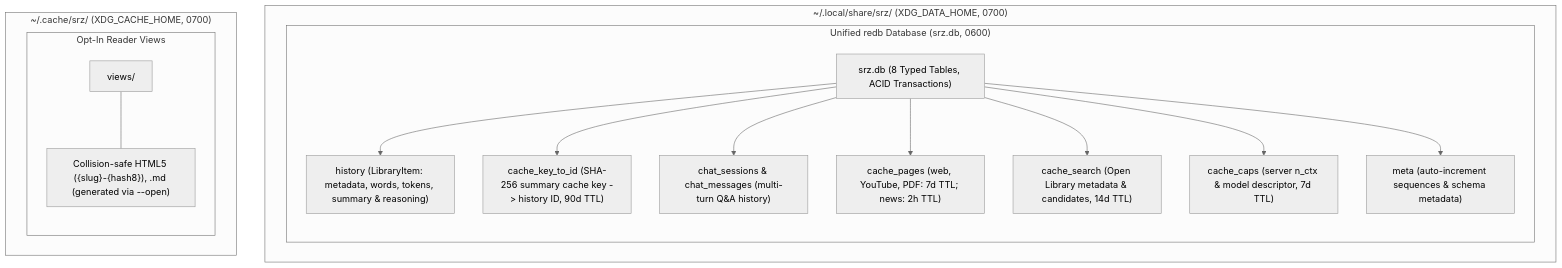
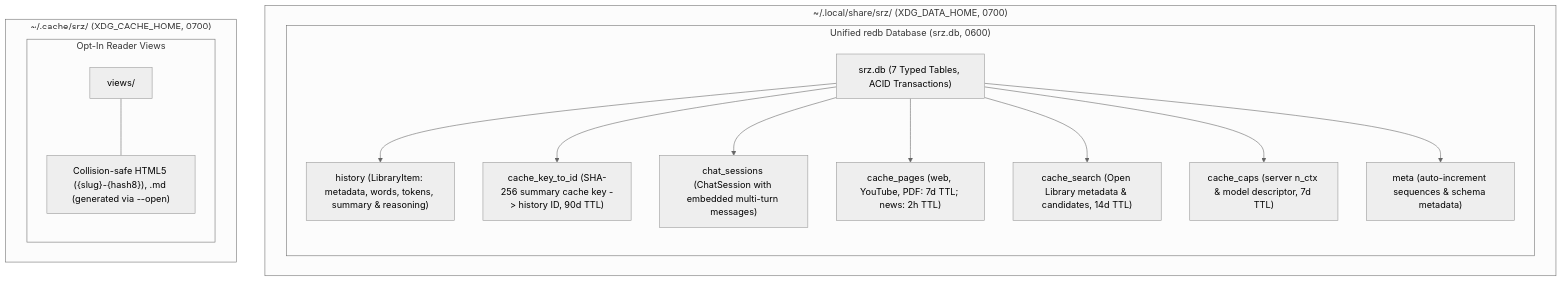
One commit to NewGuy012/srz changed the fourth of 4 diagrams in docs/src/architecture.md. Above: the diagram before and after it, drawn with Mermaid (neutral theme). The commit also changed other lines of this file and 5 other files, not shown here.

Commit message:
docs: update architecture, commands, configuration, security audit, guide, and changelog

````diff
--- a/docs/src/architecture.md
+++ b/docs/src/architecture.md
@@ -255,21 +255,21 @@
 ```mermaid
 graph TD
     subgraph DataRoot["~/.local/share/srz/ (XDG_DATA_HOME, 0700)"]
         subgraph UnifiedDB["Unified redb Database (srz.db, 0600)"]
-            D["srz.db (8 Typed Tables, ACID Transactions)"]
+            D["srz.db (7 Typed Tables, ACID Transactions)"]
             D --> T1["history (LibraryItem: metadata, words, tokens, summary & reasoning)"]
             D --> T2["cache_key_to_id (SHA-256 summary cache key -> history ID, 90d TTL)"]
-            D --> T3["chat_sessions & chat_messages (multi-turn Q&A history)"]
+            D --> T3["chat_sessions (ChatSession with embedded multi-turn messages)"]
             D --> T4["cache_pages (web, YouTube, PDF: 7d TTL; news: 2h TTL)"]
             D --> T5["cache_search (Open Library metadata & candidates, 14d TTL)"]
             D --> T6["cache_caps (server n_ctx & model descriptor, 7d TTL)"]
             D --> T7["meta (auto-increment sequences & schema metadata)"]
         end
     end
 
     subgraph CacheRoot["~/.cache/srz/ (XDG_CACHE_HOME, 0700)"]
         subgraph ViewsDir["Opt-In Reader Views"]
             V["views/"] --- V_desc["Collision-safe HTML5 ({slug}-{hash8}), .md (generated via --open)"]
         end
     end
 ```
````
